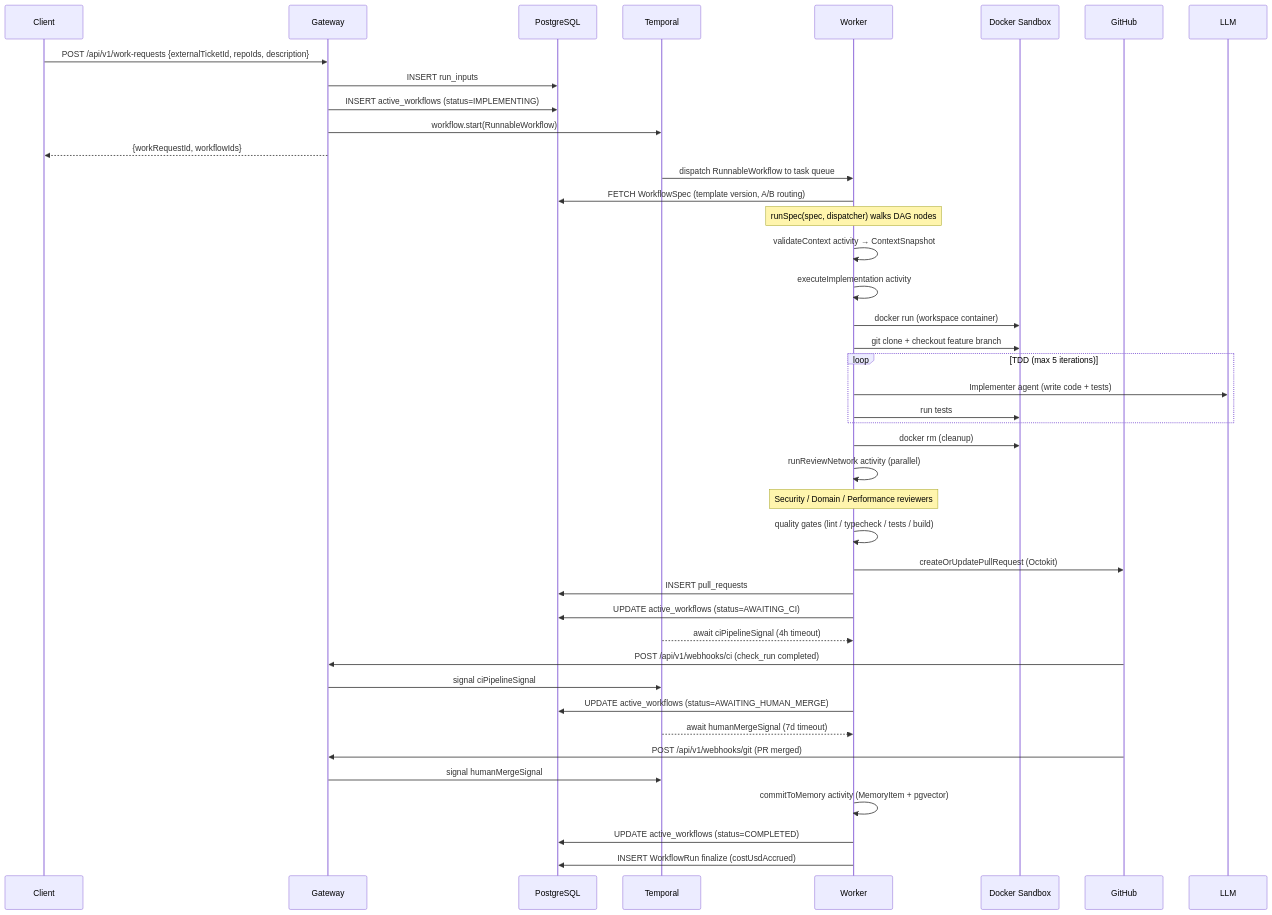
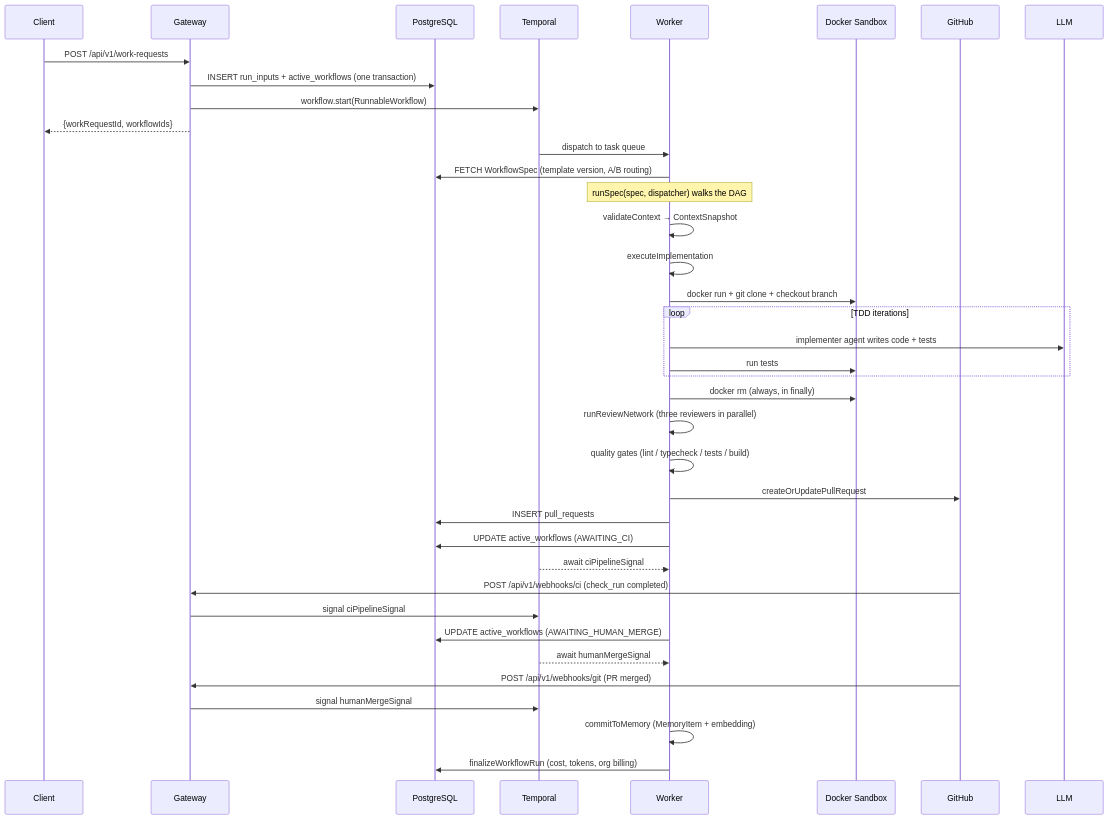
One commit to yorch/auto-swe changed the second of 6 diagrams in docs/architecture.md. Above: the diagram before and after it, drawn with Mermaid. The commit also changed other lines of this file and 46 other files, not shown here.

````diff
--- a/docs/architecture.md
+++ b/docs/architecture.md
@@ -234,55 +172,47 @@
 ```mermaid
 sequenceDiagram
     participant Client
     participant Gateway
     participant DB as PostgreSQL
     participant Temporal
     participant Worker
     participant DinD as Docker Sandbox
     participant GitHub
 
-    Client->>Gateway: POST /api/v1/work-requests {externalTicketId, repoIds, description}
-    Gateway->>DB: INSERT run_inputs
-    Gateway->>DB: INSERT active_workflows (status=IMPLEMENTING)
+    Client->>Gateway: POST /api/v1/work-requests
+    Gateway->>DB: INSERT run_inputs + active_workflows (one transaction)
     Gateway->>Temporal: workflow.start(RunnableWorkflow)
     Gateway-->>Client: {workRequestId, workflowIds}
 
-    Temporal->>Worker: dispatch RunnableWorkflow to task queue
+    Temporal->>Worker: dispatch to task queue
+    Worker->>DB: FETCH WorkflowSpec (template version, A/B routing)
+    Note over Worker: runSpec(spec, dispatcher) walks the DAG
 
-    Worker->>DB: FETCH WorkflowSpec (template version, A/B routing)
-    Note over Worker: runSpec(spec, dispatcher) walks DAG nodes
-
-    Worker->>Worker: validateContext activity → ContextSnapshot
-    Worker->>Worker: executeImplementation activity
-    Worker->>DinD: docker run (workspace container)
-    Worker->>DinD: git clone + checkout feature branch
-    loop TDD (max 5 iterations)
-        Worker->>LLM: Implementer agent (write code + tests)
+    Worker->>Worker: validateContext → ContextSnapshot
+    Worker->>Worker: executeImplementation
+    Worker->>DinD: docker run + git clone + checkout branch
+    loop TDD iterations
+        Worker->>LLM: implementer agent writes code + tests
         Worker->>DinD: run tests
     end
-    Worker->>DinD: docker rm (cleanup)
+    Worker->>DinD: docker rm (always, in finally)
 
-    Worker->>Worker: runReviewNetwork activity (parallel)
-    Note over Worker: Security / Domain / Performance reviewers
-
+    Worker->>Worker: runReviewNetwork (three reviewers in parallel)
     Worker->>Worker: quality gates (lint / typecheck / tests / build)
 
-    Worker->>GitHub: createOrUpdatePullRequest (Octokit)
+    Worker->>GitHub: createOrUpdatePullRequest
     Worker->>DB: INSERT pull_requests
 
-    Worker->>DB: UPDATE active_workflows (status=AWAITING_CI)
-    Temporal-->>Worker: await ciPipelineSignal (4h timeout)
-
+    Worker->>DB: UPDATE active_workflows (AWAITING_CI)
+    Temporal-->>Worker: await ciPipelineSignal
     GitHub->>Gateway: POST /api/v1/webhooks/ci (check_run completed)
     Gateway->>Temporal: signal ciPipelineSignal
 
-    Worker->>DB: UPDATE active_workflows (status=AWAITING_HUMAN_MERGE)
-    Temporal-->>Worker: await humanMergeSignal (7d timeout)
-
+    Worker->>DB: UPDATE active_workflows (AWAITING_HUMAN_MERGE)
+    Temporal-->>Worker: await humanMergeSignal
     GitHub->>Gateway: POST /api/v1/webhooks/git (PR merged)
     Gateway->>Temporal: signal humanMergeSignal
 
-    Worker->>Worker: commitToMemory activity (MemoryItem + pgvector)
-    Worker->>DB: UPDATE active_workflows (status=COMPLETED)
-    Worker->>DB: INSERT WorkflowRun finalize (costUsdAccrued)
+    Worker->>Worker: commitToMemory (MemoryItem + embedding)
+    Worker->>DB: finalizeWorkflowRun (cost, tokens, org billing)
 ```
````
